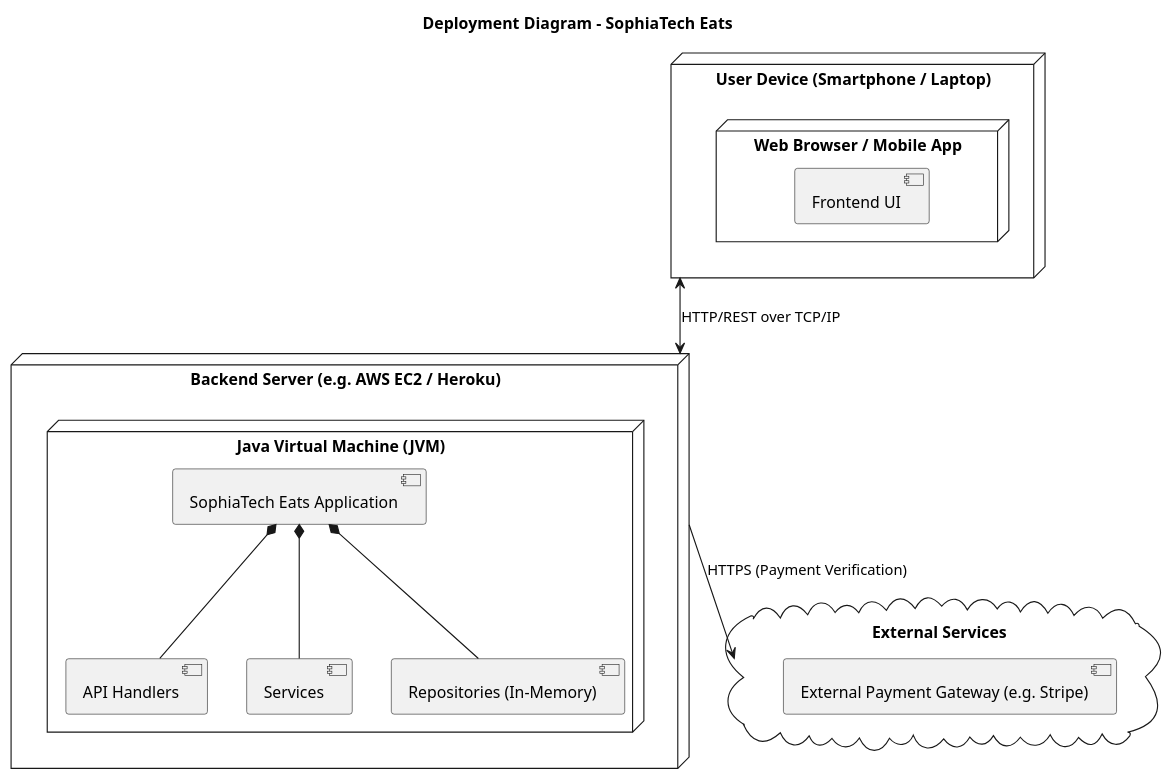
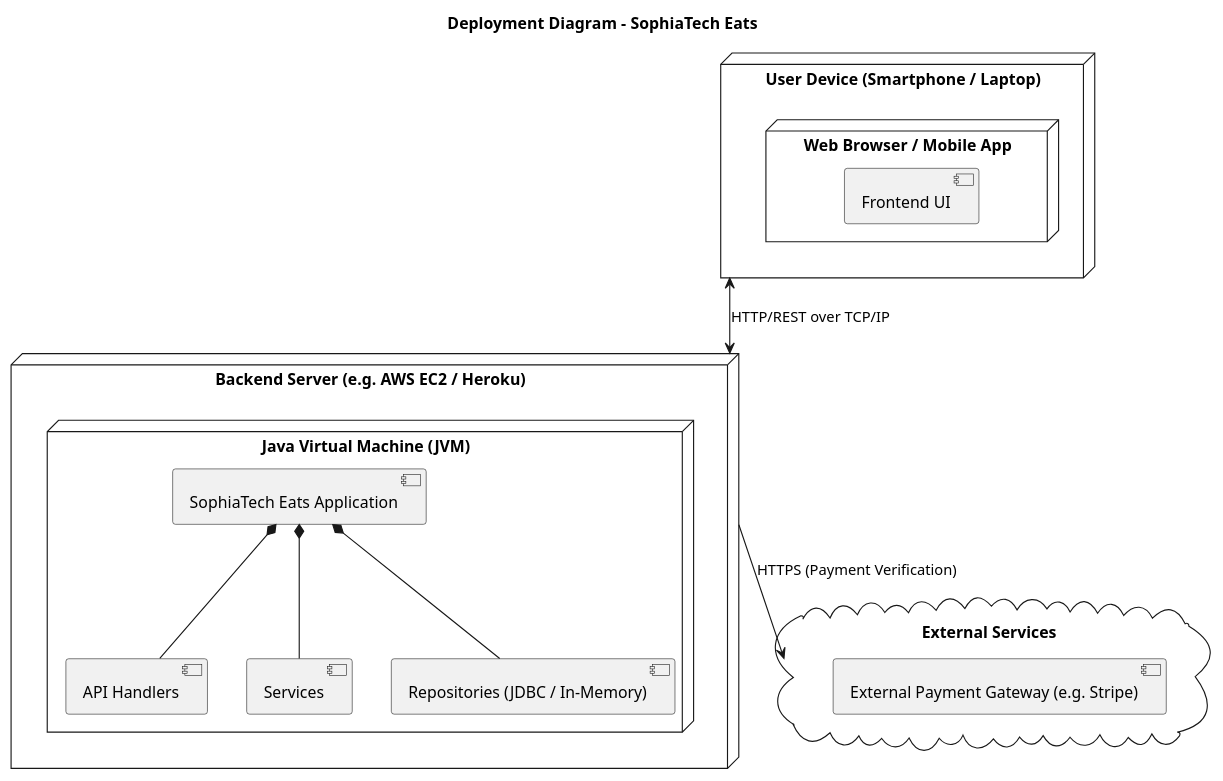
One commit to StefanB07/SophiaEats changed the diagram in diagramsA2/DeploymentDiagram_System.puml. Above: the diagram before and after it, drawn with PlantUML. The commit also changed 4 other files, not shown here.

```diff
--- a/diagramsA2/DeploymentDiagram_System.puml
+++ b/diagramsA2/DeploymentDiagram_System.puml
@@ -1,34 +1,34 @@
 @startuml
 title Deployment Diagram - SophiaTech Eats
 
 ' Aceasta diagrama descrie arhitectura de deployment (infrastructura fizica/logica).
 
 node "User Device (Smartphone / Laptop)" as ClientNode {
   node "Web Browser / Mobile App" {
     [Frontend UI]
   }
 }
 
 node "Backend Server (e.g. AWS EC2 / Heroku)" as ServerNode {
   node "Java Virtual Machine (JVM)" {
     [SophiaTech Eats Application]
     
     component "API Handlers"
     component "Services"
-    component "Repositories (In-Memory)"
+    component "Repositories (JDBC / In-Memory)"
     
     [SophiaTech Eats Application] *-- "API Handlers"
     [SophiaTech Eats Application] *-- "Services"
-    [SophiaTech Eats Application] *-- "Repositories (In-Memory)"
+    [SophiaTech Eats Application] *-- "Repositories (JDBC / In-Memory)"
   }
 }
 
 cloud "External Services" as ExternalNode {
   [External Payment Gateway (e.g. Stripe)] as Stripe
 }
 
 ' Connections
 ClientNode <--> ServerNode : HTTP/REST over TCP/IP
 ServerNode --> ExternalNode : HTTPS (Payment Verification)
 
 @enduml
```
